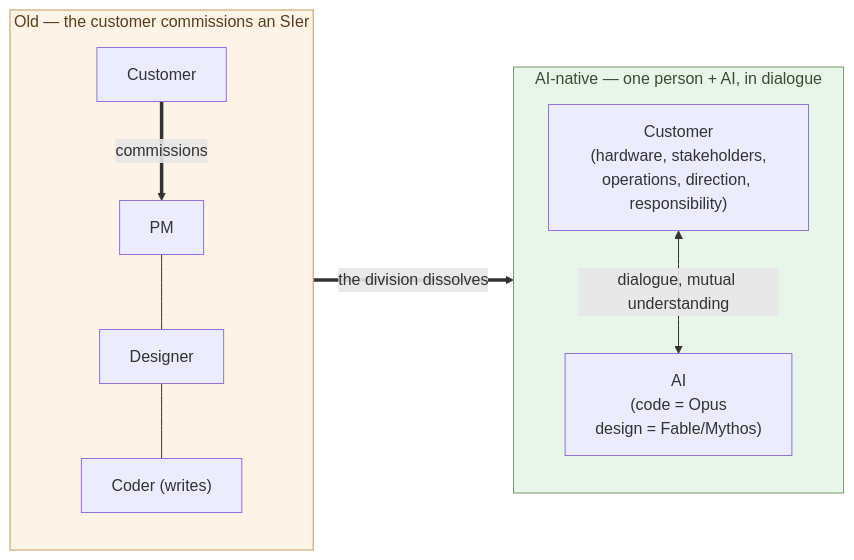
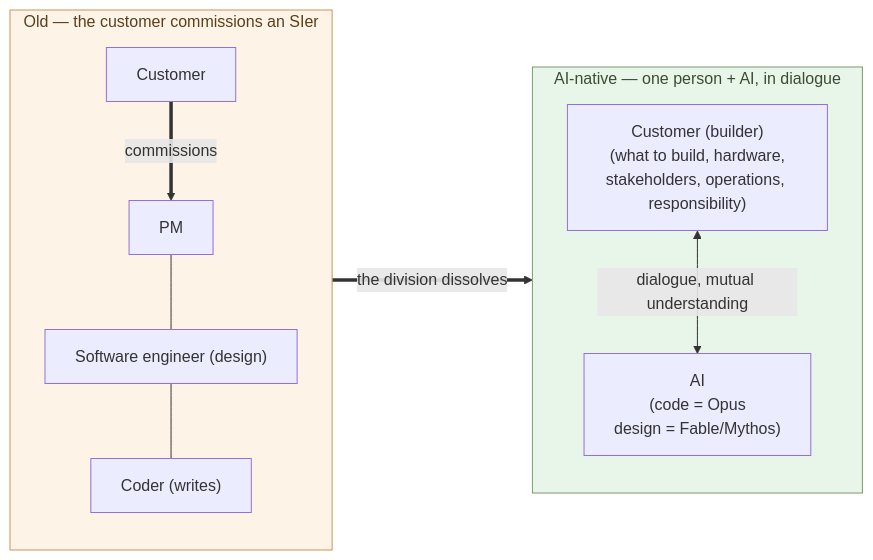
One commit to aiseed-dev/website changed the diagram in articles/ai-native-ways/software/03-coder-end/en.md. Above: the diagram before and after it, drawn with Mermaid. The commit also changed other lines of this file and 16 other files, not shown here.

````diff
--- a/articles/ai-native-ways/software/03-coder-end/en.md
+++ b/articles/ai-native-ways/software/03-coder-end/en.md
@@ -104,26 +98,26 @@
 ```mermaid
 flowchart LR
   subgraph Old["Old — the customer commissions an SIer"]
     direction TB
     OClient["Customer"]
     OP["PM"]
-    OD["Designer"]
+    OD["Software engineer (design)"]
     OC["Coder (writes)"]
     OClient ==>|commissions| OP
     OP --- OD --- OC
   end
 
   subgraph New["AI-native — one person + AI, in dialogue"]
     direction TB
-    H["Customer<br/>(hardware, stakeholders,<br/>operations, direction, responsibility)"]
+    H["Customer (builder)<br/>(what to build, hardware,<br/>stakeholders, operations, responsibility)"]
     A["AI<br/>(code = Opus<br/>design = Fable/Mythos)"]
     H <-->|dialogue, mutual understanding| A
   end
 
   Old ==>|the division dissolves| New
 
   classDef good fill:#e8f5e9,stroke:#7a9a6d,color:#3a4d34
   classDef bad fill:#fef3e7,stroke:#c89559,color:#5a3f1a
   class New good
   class Old bad
 ```
````
